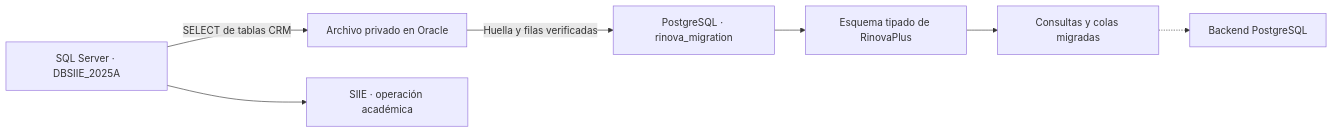
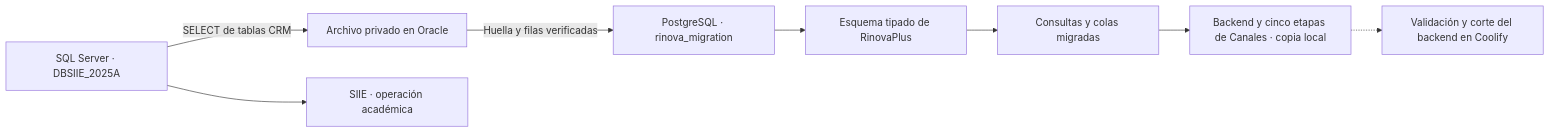
Before and after one commit to juampa1329-debug/rinovaplus: the diagram in docs/deployment/postgresql-migration.md, drawn with Mermaid. The commit also changed other lines of this file and 18 other files, not shown here.

Commit message:
feat: exercise RinovaPlus on PostgreSQL and qualify SQL reader

````diff
--- a/docs/deployment/postgresql-migration.md
+++ b/docs/deployment/postgresql-migration.md
@@ -20,9 +20,10 @@
 ```mermaid
 flowchart LR
     S[SQL Server · DBSIIE_2025A] -->|SELECT de tablas CRM| A[Archivo privado en Oracle]
     A -->|Huella y filas verificadas| P[PostgreSQL · rinova_migration]
     P --> N[Esquema tipado de RinovaPlus]
     N --> Q[Consultas y colas migradas]
-    Q -.-> B[Backend PostgreSQL]
+    Q --> R[Backend y cinco etapas de Canales · copia local]
+    R -.-> B[Validación y corte del backend en Coolify]
     S --> E[SIIE · operación académica]
 ```
````
